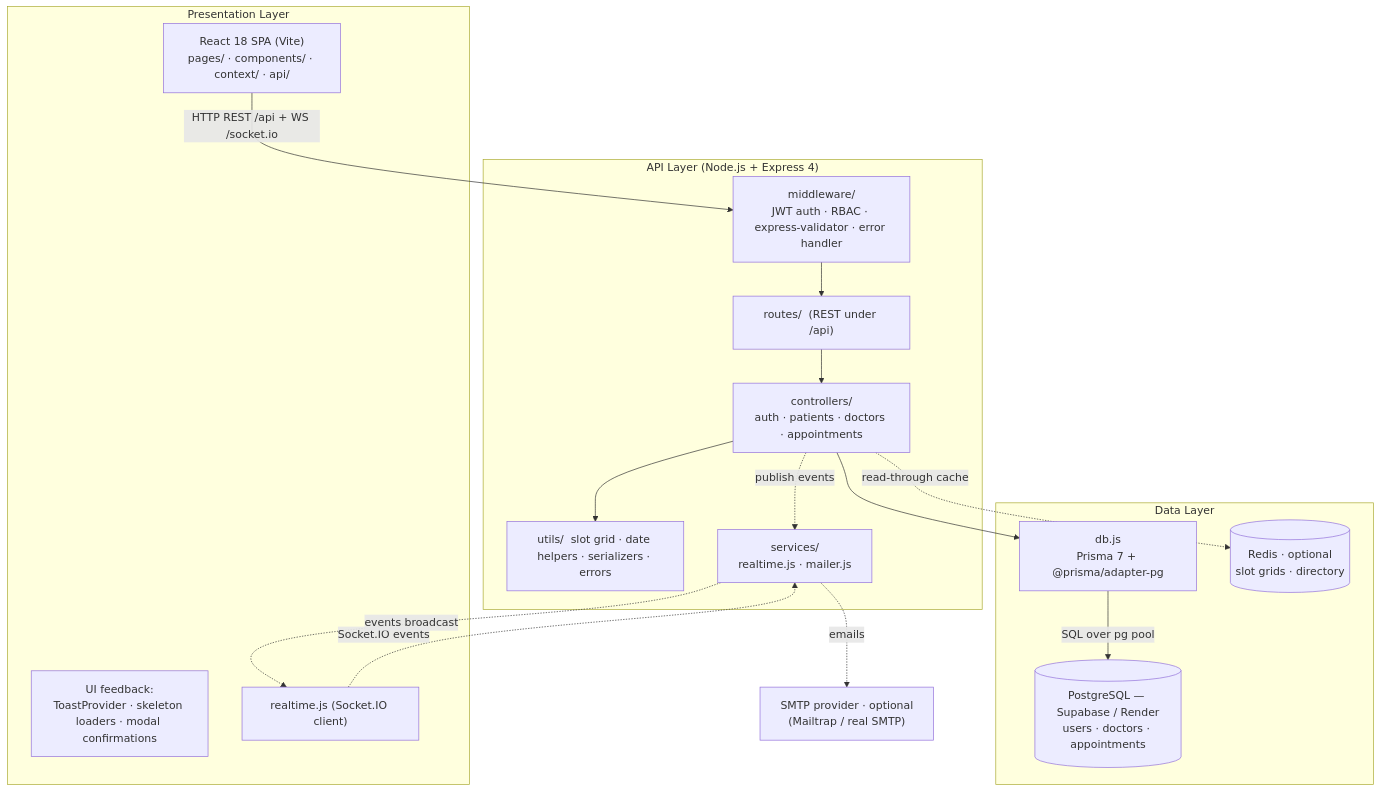
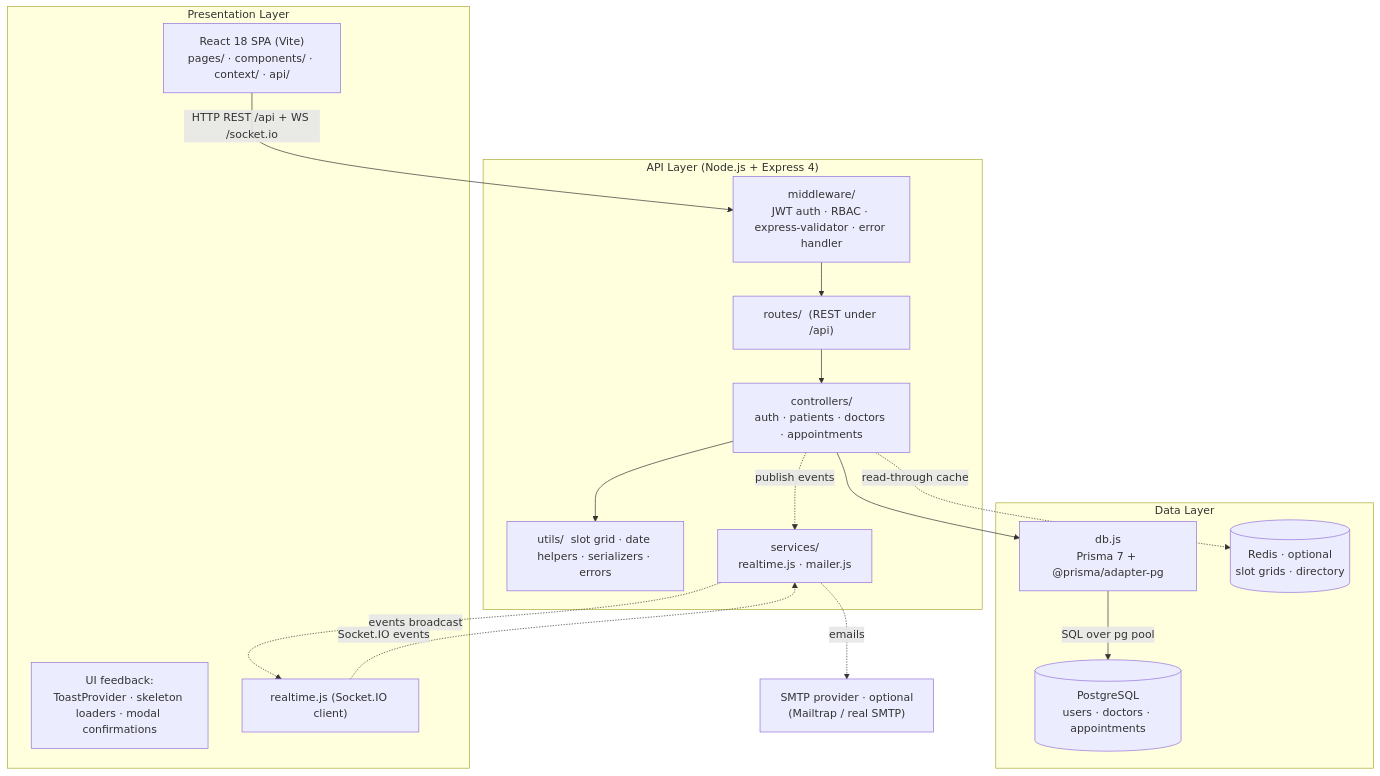
Before and after one commit to Mugetsu-1/Hospital-Booking-System: the diagram in docs/architecture.md, drawn with Mermaid. The commit also changed other lines of this file and 17 other files, not shown here.

````diff
--- a/docs/architecture.md
+++ b/docs/architecture.md
@@ -8,36 +8,36 @@
 ```mermaid
 flowchart TB
   subgraph presentation["Presentation Layer"]
     FE["React 18 SPA (Vite)\npages/ · components/ · context/ · api/"]
     UI["UI feedback:\nToastProvider · skeleton loaders · modal confirmations"]
     RT["realtime.js (Socket.IO client)"]
   end
 
   subgraph api["API Layer (Node.js + Express 4)"]
     R["routes/  (REST under /api)"]
     MW["middleware/\nJWT auth · RBAC · express-validator · error handler"]
     C["controllers/\nauth · patients · doctors · appointments"]
     U["utils/  slot grid · date helpers · serializers · errors"]
     S["services/\nrealtime.js · mailer.js"]
   end
 
   subgraph data["Data Layer"]
-    DB[(PostgreSQL — Supabase / Render\nusers · doctors · appointments)]
+    DB[(PostgreSQL\nusers · doctors · appointments)]
     PRISMA["db.js\nPrisma 7 + @prisma/adapter-pg"]
     CACHE[(Redis · optional\nslot grids · directory)]
   end
 
   EMAIL["SMTP provider · optional\n(Mailtrap / real SMTP)"]
 
   FE -->|"HTTP REST /api + WS /socket.io"| MW
   RT -.->|"Socket.IO events"| S
   MW --> R
   R --> C
   C --> U
   C --> PRISMA
   PRISMA -->|"SQL over pg pool"| DB
   C -.->|"read-through cache"| CACHE
   C -.->|"publish events"| S
   S -.->|"events broadcast"| RT
   S -.->|"emails"| EMAIL
 ```
````
